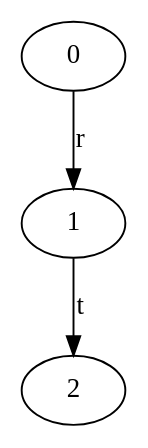
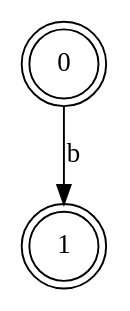
One commit to alirezahi/Finite-State-Machine changed the diagram in test-output/round-table.gv. Above: the diagram before and after it, drawn with Graphviz. The commit also changed 3 other files, not shown here.

```diff
--- a/test-output/round-table.gv
+++ b/test-output/round-table.gv
@@ -1,8 +1,6 @@
 // The Round Table
 digraph {
-	0 [label=0]
-		0 -> 1 [label=r]
-	1 [label=1]
-		1 -> 2 [label=t]
-	2 [label=2]
+	0 [label=0 shape=doublecircle]
+		0 -> 1 [label=b]
+	1 [label=1 shape=doublecircle]
 }
```
